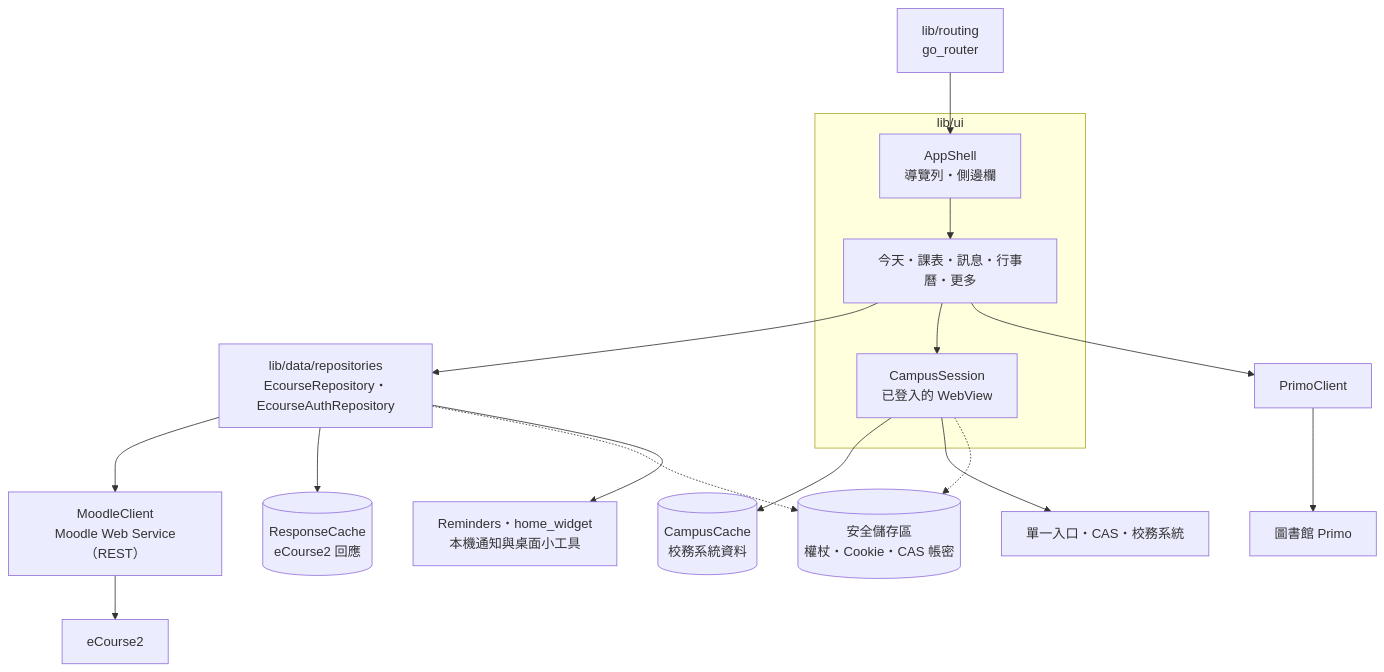
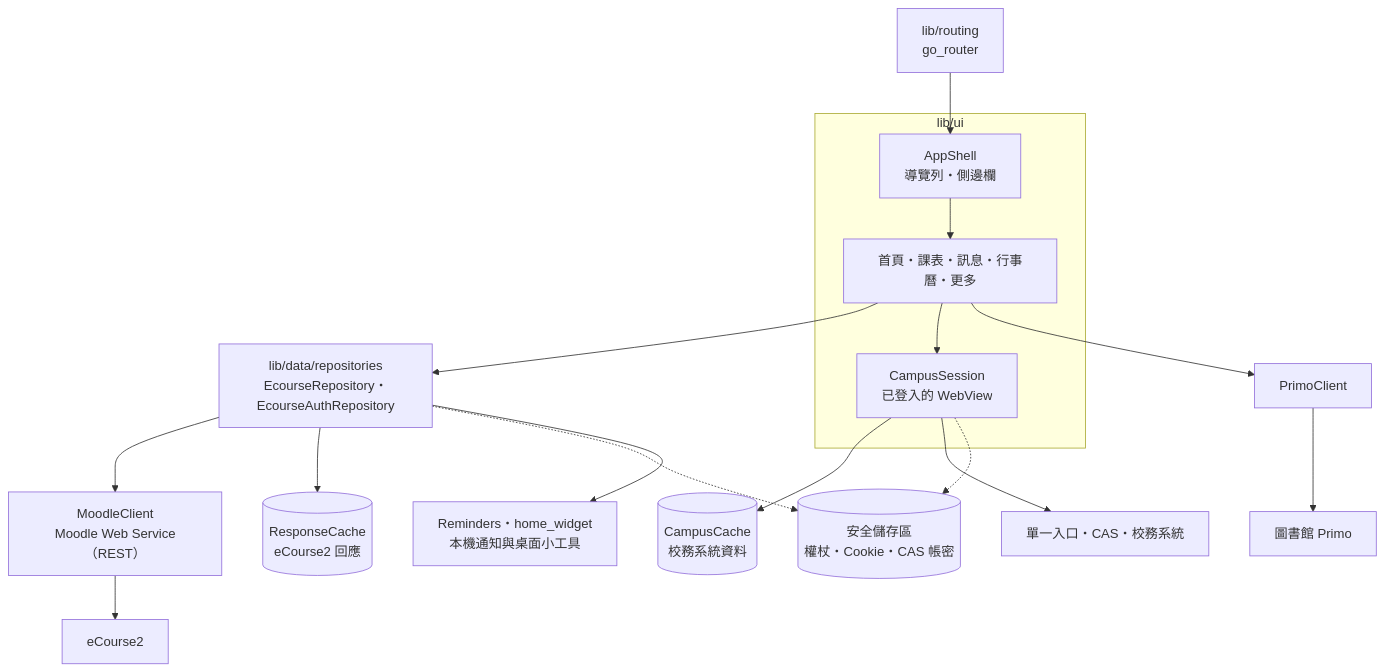
Before and after one commit to KoukeNeko/TAT-CCU: the first of 2 diagrams in README.md, drawn with Mermaid. The commit also changed other lines of this file and 7 other files, not shown here.

````diff
--- a/README.md
+++ b/README.md
@@ -124,21 +124,21 @@
 ```mermaid
 flowchart TB
   subgraph ui["lib/ui"]
     shell["AppShell<br>導覽列・側邊欄"]
-    pages["今天・課表・訊息・行事曆・更多"]
+    pages["首頁・課表・訊息・行事曆・更多"]
     session["CampusSession<br>已登入的 WebView"]
   end
   router["lib/routing<br>go_router"] --> shell --> pages
   pages --> repo["lib/data/repositories<br>EcourseRepository・EcourseAuthRepository"]
   pages --> session
   repo --> moodle["MoodleClient<br>Moodle Web Service（REST）"]
   repo --> rcache[("ResponseCache<br>eCourse2 回應")]
   session --> ccache[("CampusCache<br>校務系統資料")]
   pages --> primo["PrimoClient"]
   moodle --> ecourse["eCourse2"]
   session --> campus["單一入口・CAS・校務系統"]
   primo --> library["圖書館 Primo"]
   repo -.-> keychain[("安全儲存區<br>權杖・Cookie・CAS 帳密")]
   session -.-> keychain
   repo --> local["Reminders・home_widget<br>本機通知與桌面小工具"]
 ```
````
